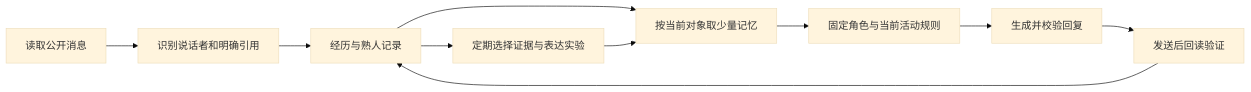
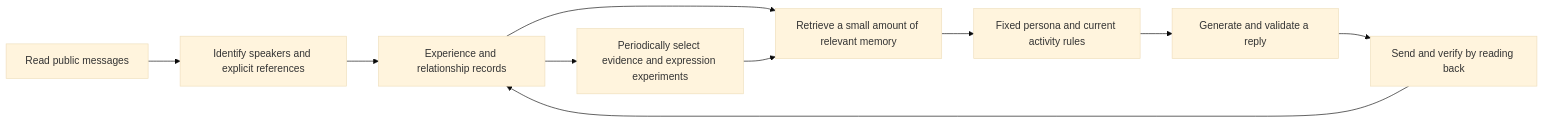
Before and after one commit to heyjohnc/agent-social-memory-lab: the diagram in docs/architecture.md, drawn with Mermaid (base theme). The commit also changed other lines of this file and 5 other files, not shown here.

````diff
--- a/docs/architecture.md
+++ b/docs/architecture.md
@@ -3,12 +3,12 @@
 ```mermaid
 flowchart LR
-    A[读取公开消息] --> B[识别说话者和明确引用]
-    B --> C[经历与熟人记录]
-    C --> D[按当前对象取少量记忆]
-    D --> E[固定角色与当前活动规则]
-    E --> F[生成并校验回复]
-    F --> G[发送后回读验证]
+    A[Read public messages] --> B[Identify speakers and explicit references]
+    B --> C[Experience and relationship records]
+    C --> D[Retrieve a small amount of relevant memory]
+    D --> E[Fixed persona and current activity rules]
+    E --> F[Generate and validate a reply]
+    F --> G[Send and verify by reading back]
     G --> C
-    C --> H[定期选择证据与表达实验]
+    C --> H[Periodically select evidence and expression experiments]
     H --> D
 ```
````
